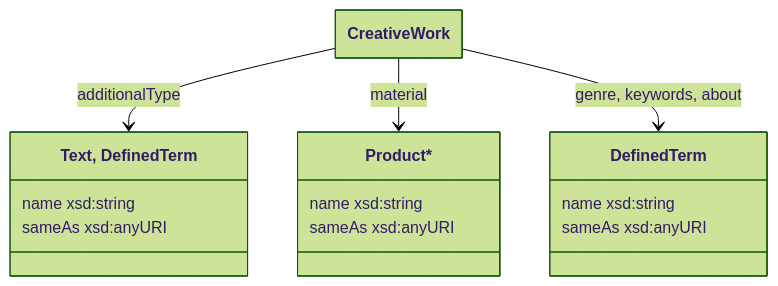
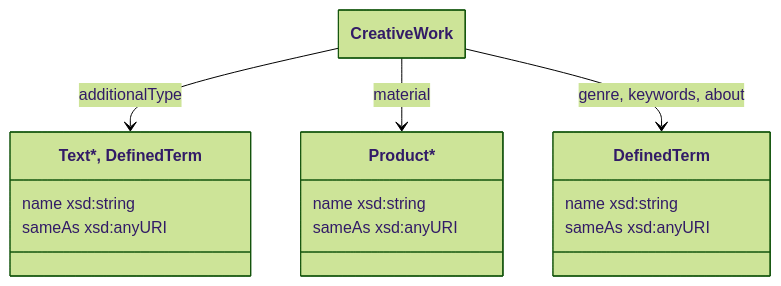
Before and after one commit to collectienederland/schema-profile: the fifth of 5 diagrams in docs/datamodel.md, drawn with Mermaid.

Commit message:
last minute aanpassingen

```diff
--- a/docs/datamodel.md
+++ b/docs/datamodel.md
@@ -220,28 +220,28 @@
 <pre class="mermaid">
 ---
   config:
     theme: forest
     class:
       hideEmptyMembersBox: true
 ---
 classDiagram
 class creativework["CreativeWork"]
 
-class additional["Text, DefinedTerm"] {
+class additional["Text*, DefinedTerm"] {
   name xsd:string
   sameAs xsd:anyURI
 }
 creativework --> additional: additionalType
 
 class product["Product*"] {
   name xsd:string
   sameAs xsd:anyURI
 }
 creativework --> product: material
 
 class defterm["DefinedTerm"] {
   name xsd:string
   sameAs xsd:anyURI
 }
 creativework --> defterm: genre, keywords, about
 </pre>
```
